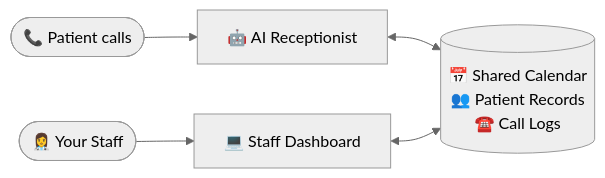
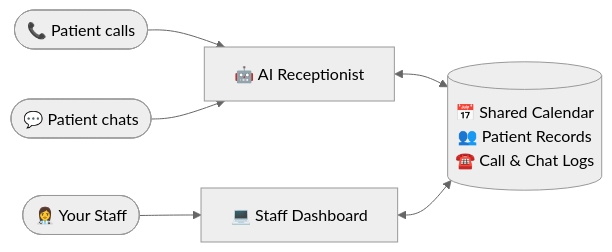
Before and after one commit to hbela/sunshine-dental: the first of 2 diagrams in docs/user-guide.md, drawn with Mermaid (neutral theme). The commit also changed other lines of this file and 39 other files, not shown here.

````diff
--- a/docs/user-guide.md
+++ b/docs/user-guide.md
@@ -52,7 +64,8 @@
 ```mermaid
 flowchart LR
     Patient([📞 Patient calls]) --> AI[🤖 AI Receptionist]
-    AI <--> Core[(📅 Shared Calendar<br/>👥 Patient Records<br/>☎️ Call Logs)]
+    Chat([💬 Patient chats]) --> AI
+    AI <--> Core[(📅 Shared Calendar<br/>👥 Patient Records<br/>☎️ Call & Chat Logs)]
     Staff([👩‍⚕️ Your Staff]) --> Dashboard[💻 Staff Dashboard]
     Dashboard <--> Core
 ```
````
